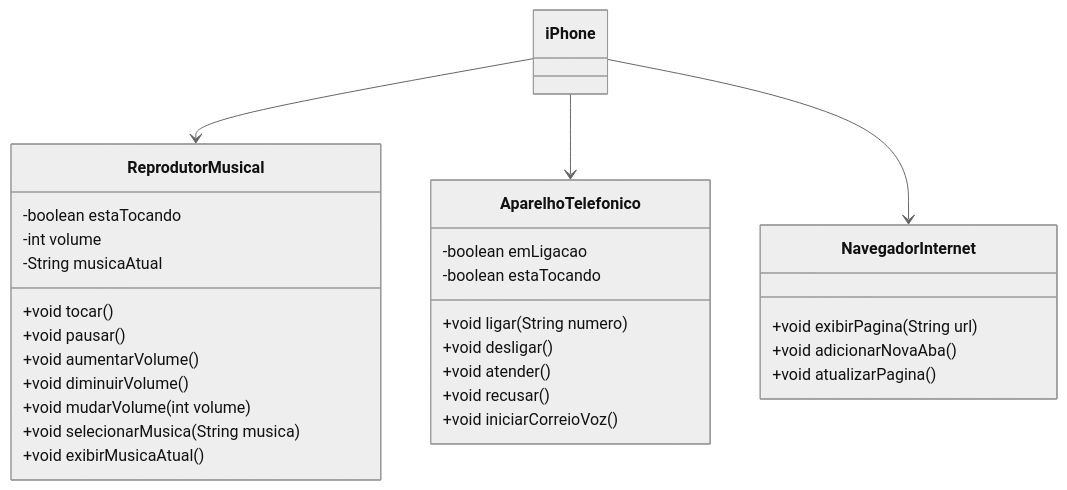
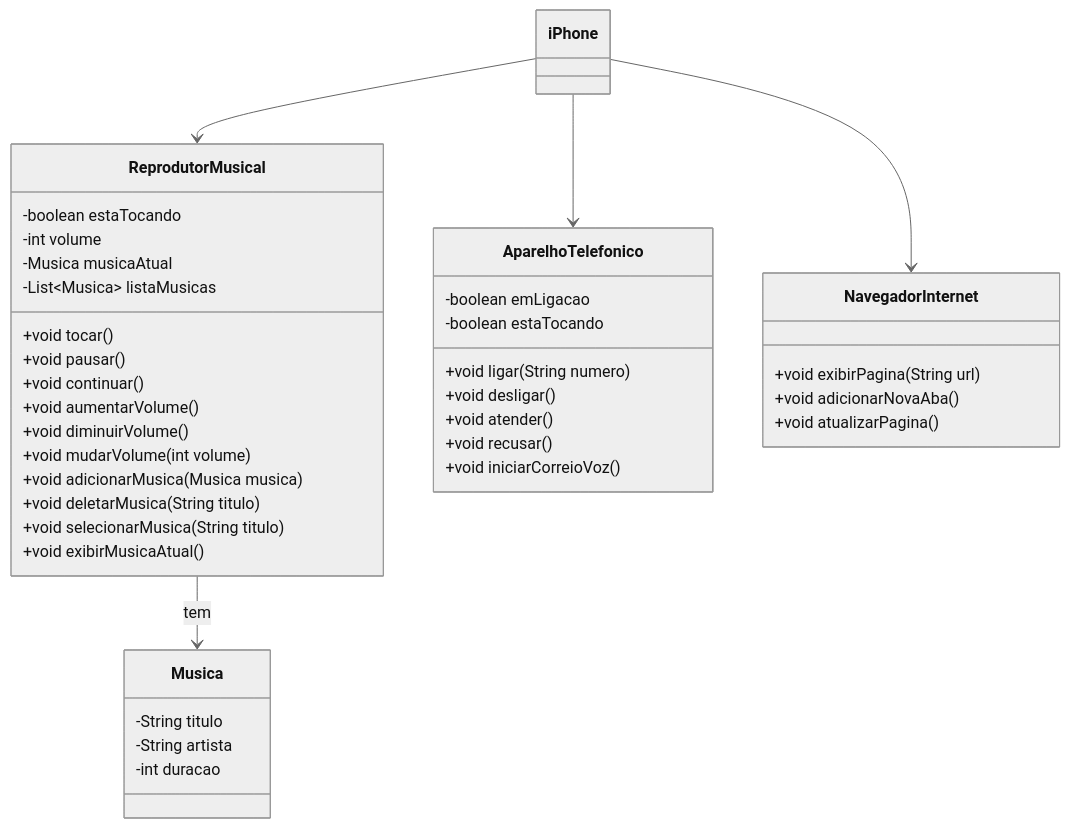
The first of 4 diagrams in README.md (GracilianoOG/dio-iphone-uml), drawn with Mermaid (neutral theme) before and after one commit.

Commit message:
Update ReprodutorMusical of diagram
- Add Musica class
- Add attributes: listaMusicas
- Add methods: continuar, adicionarMusica, deletarMusica

````diff
--- a/README.md
+++ b/README.md
@@ -16,41 +16,54 @@
 ```mermaid
 classDiagram
     direction TB
 
     class iPhone {
 
     }
 
     class ReprodutorMusical {
         -boolean estaTocando
         -int volume
-        -String musicaAtual
+        -Musica musicaAtual
+        -List~Musica~ listaMusicas
+
         +void tocar()
         +void pausar()
+        +void continuar()
         +void aumentarVolume()
         +void diminuirVolume()
         +void mudarVolume(int volume)
-        +void selecionarMusica(String musica)
+        +void adicionarMusica(Musica musica)
+        +void deletarMusica(String titulo)
+        +void selecionarMusica(String titulo)
         +void exibirMusicaAtual()
     }
 
     class AparelhoTelefonico {
         -boolean emLigacao
         -boolean estaTocando
+
         +void ligar(String numero)
         +void desligar()
         +void atender()
         +void recusar()
         +void iniciarCorreioVoz()
     }
 
     class NavegadorInternet {
         +void exibirPagina(String url)
         +void adicionarNovaAba()
         +void atualizarPagina()
     }
 
+    class Musica {
+        -String titulo
+        -String artista
+        -int duracao
+    }
+
     iPhone --> ReprodutorMusical
     iPhone --> AparelhoTelefonico
     iPhone --> NavegadorInternet
+    ReprodutorMusical --> Musica : tem
 ```
````
